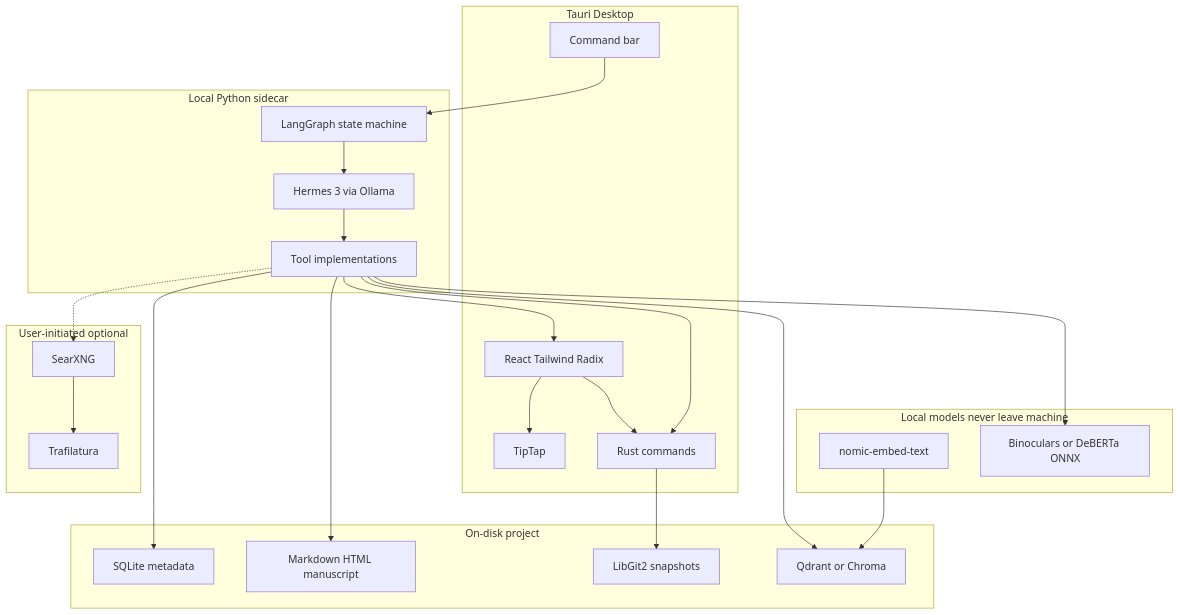
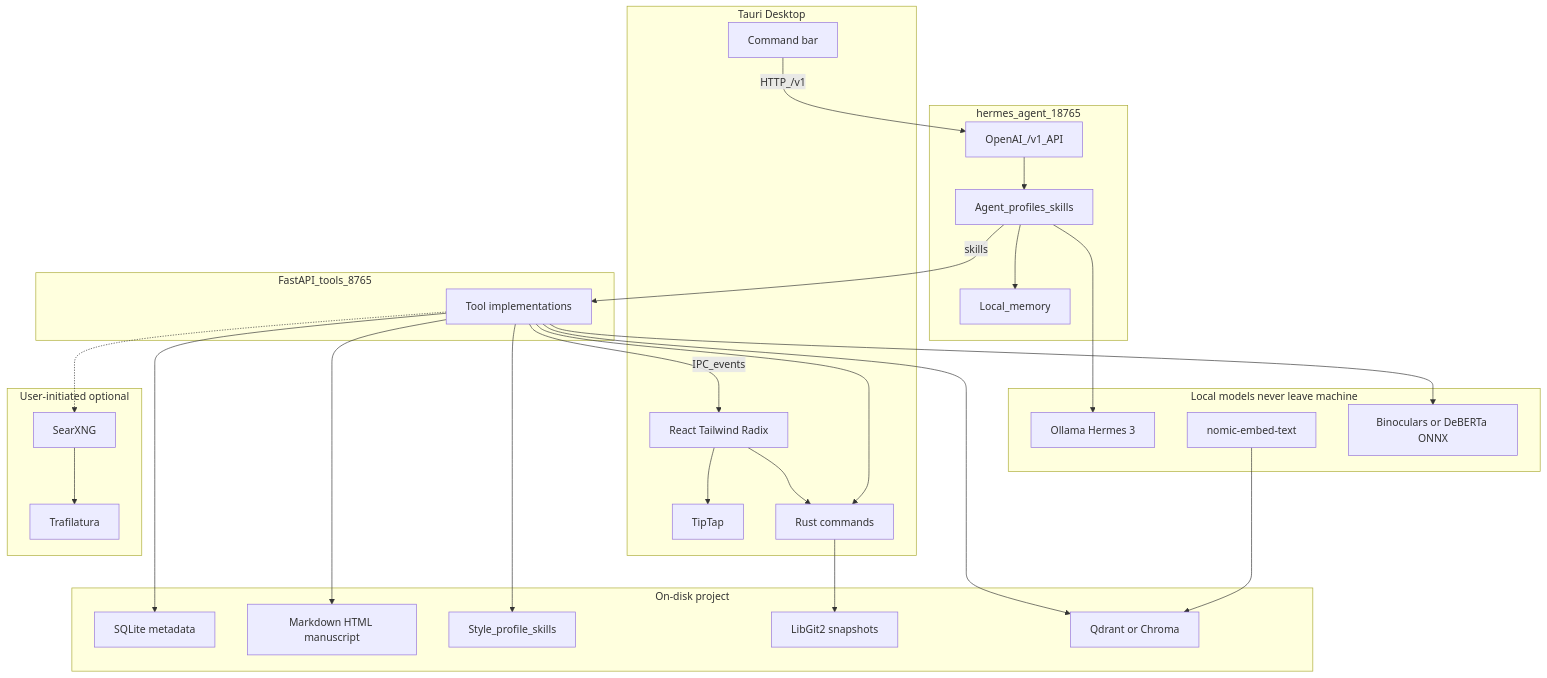
Before and after one commit to ksjpswaroop/AuthorsAssistant: the diagram in docs/ARCHITECTURE.md, drawn with Mermaid. The commit also changed other lines of this file and 146 other files, not shown here.

First line of the commit message:
Ship Phase 1 Tauri studio and lock hermes-agent as the agent runtime.

````diff
--- a/docs/ARCHITECTURE.md
+++ b/docs/ARCHITECTURE.md
@@ -13,43 +13,51 @@
 ```mermaid
 flowchart TB
   subgraph desktop [Tauri Desktop]
     UI[React Tailwind Radix]
     Editor[TipTap]
     CmdBar[Command bar]
     RustCore[Rust commands]
   end
-  subgraph sidecar [Local Python sidecar]
-    LangGraph[LangGraph state machine]
-    Hermes[Hermes 3 via Ollama]
+  subgraph hermesRuntime [hermes_agent_18765]
+    HermesAPI[OpenAI_/v1_API]
+    Profiles[Agent_profiles_skills]
+    Memory[Local_memory]
+  end
+  subgraph toolGw [FastAPI_tools_8765]
     Tools[Tool implementations]
   end
   subgraph localData [On-disk project]
     SQLite[SQLite metadata]
     MD[Markdown HTML manuscript]
+    StyleMem[Style_profile_skills]
     GitSnaps[LibGit2 snapshots]
     Qdrant[Qdrant or Chroma]
   end
   subgraph localAI [Local models never leave machine]
+    Ollama[Ollama Hermes 3]
     Embed[nomic-embed-text]
     Detect[Binoculars or DeBERTa ONNX]
   end
   subgraph optionalNet [User-initiated optional]
     SearXNG[SearXNG]
     Traf[Trafilatura]
   end
-  CmdBar --> LangGraph
+  CmdBar -->|"HTTP_/v1"| HermesAPI
   UI --> RustCore
   UI --> Editor
-  LangGraph --> Hermes
-  Hermes --> Tools
+  HermesAPI --> Profiles
+  Profiles --> Ollama
+  Profiles --> Memory
+  Profiles -->|"skills"| Tools
   Tools --> RustCore
   Tools --> SQLite
   Tools --> MD
+  Tools --> StyleMem
   Tools --> Qdrant
   Tools --> Detect
   Tools -.-> SearXNG
   RustCore --> GitSnaps
   Embed --> Qdrant
   SearXNG --> Traf
-  Tools --> UI
+  Tools -->|"IPC_events"| UI
 ```
````
